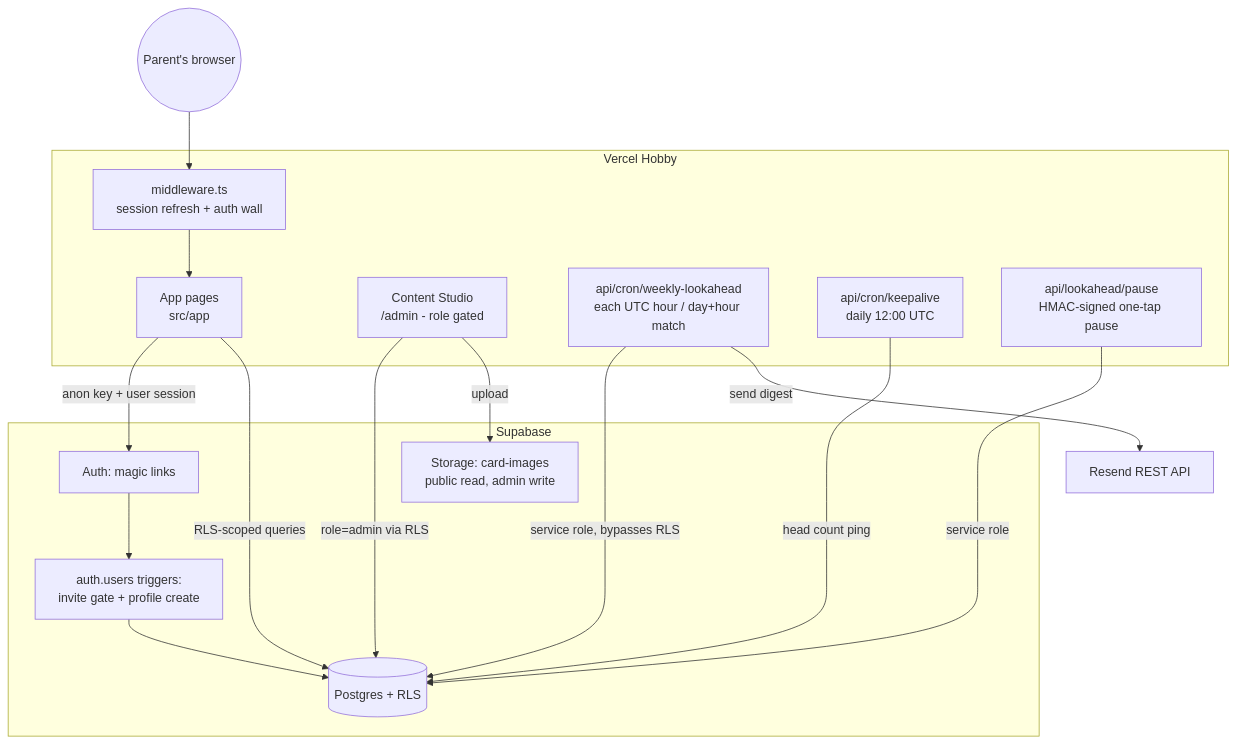
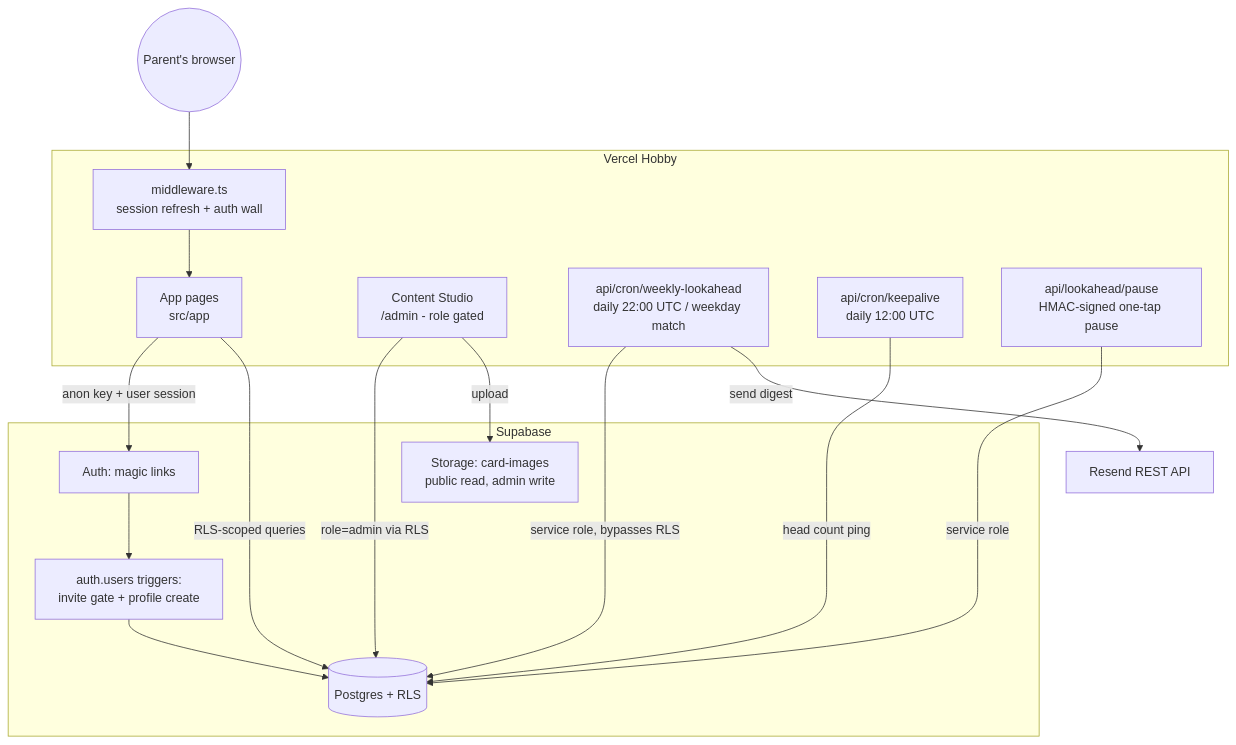
Before and after one commit to jacobashhurst-commits/wish-i-knew: the first of 6 diagrams in docs/how-it-works.md, drawn with Mermaid. The commit also changed other lines of this file and 6 other files, not shown here.

First line of the commit message:
Simplify weekly lookahead to one daily ~8am Sydney cron.

````diff
--- a/docs/how-it-works.md
+++ b/docs/how-it-works.md
@@ -11,31 +11,31 @@
 ```mermaid
 flowchart TB
   subgraph vercel [Vercel Hobby]
     MW[middleware.ts<br/>session refresh + auth wall]
     App[App pages<br/>src/app]
     AdminUI[Content Studio<br/>/admin - role gated]
-    CronLA[api/cron/weekly-lookahead<br/>each UTC hour / day+hour match]
+    CronLA[api/cron/weekly-lookahead<br/>daily 22:00 UTC / weekday match]
     CronKA[api/cron/keepalive<br/>daily 12:00 UTC]
     Pause[api/lookahead/pause<br/>HMAC-signed one-tap pause]
   end
 
   subgraph supabase [Supabase]
     Auth[Auth: magic links]
     DB[(Postgres + RLS)]
     Trigger[auth.users triggers:<br/>invite gate + profile create]
     Storage[Storage: card-images<br/>public read, admin write]
   end
 
   Resend[Resend REST API]
 
   Browser((Parent's browser)) --> MW --> App
   App -- anon key + user session --> Auth
   App -- RLS-scoped queries --> DB
   AdminUI -- role=admin via RLS --> DB
   AdminUI -- upload --> Storage
   Auth --> Trigger --> DB
   CronLA -- service role, bypasses RLS --> DB
   CronLA -- send digest --> Resend
   CronKA -- head count ping --> DB
   Pause -- service role --> DB
 ```
````
